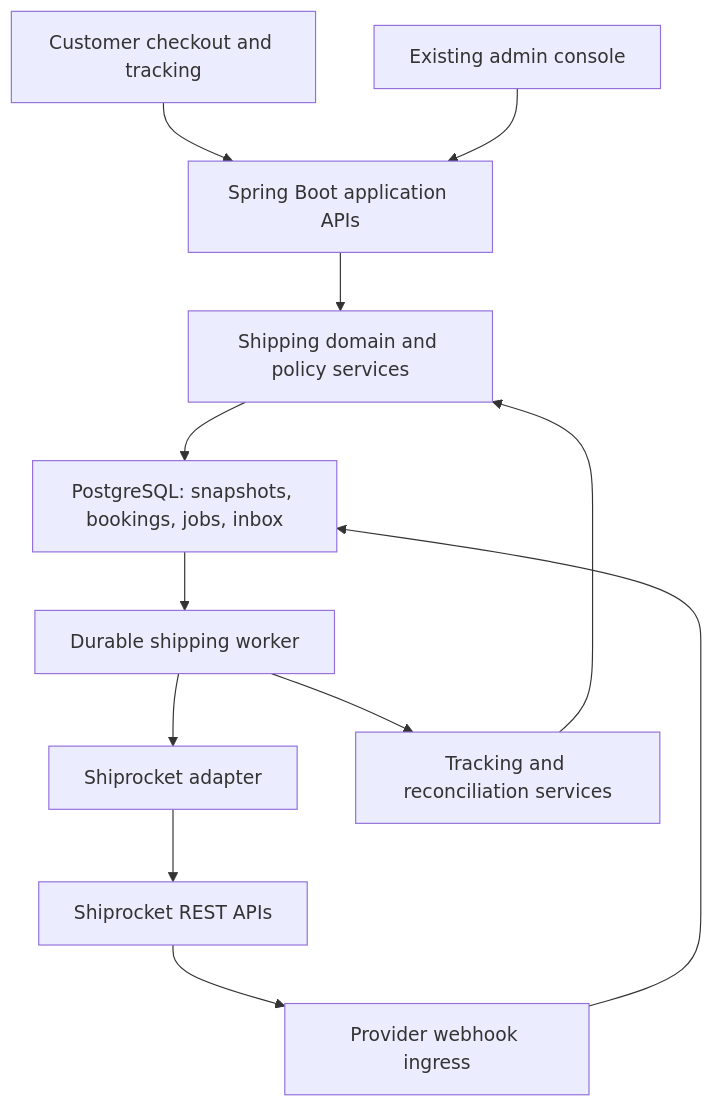
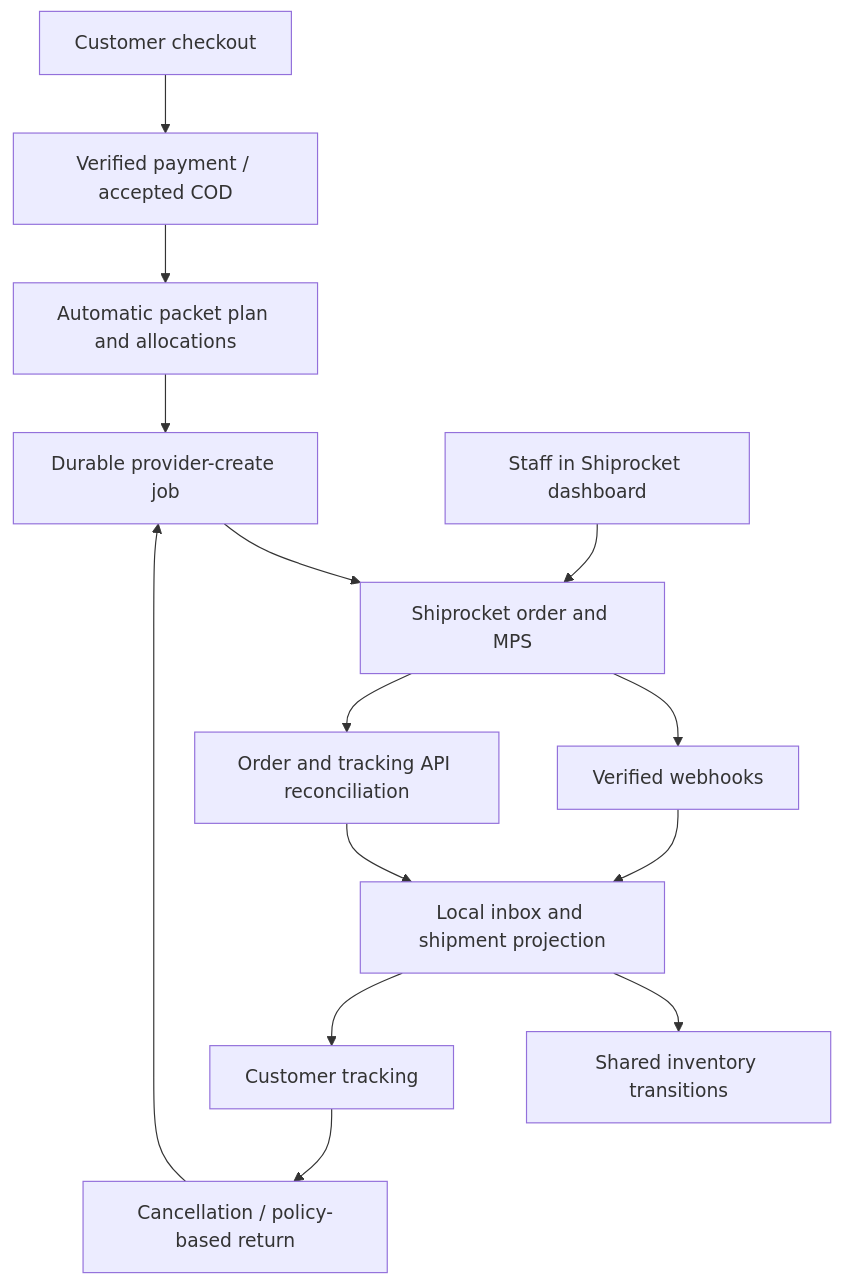
Before and after one commit to AJPrj/ecommerce-production-blueprint: the diagram in Shiprocket-Integration-HLD.md, drawn with Mermaid. The commit also changed other lines of this file and 4 other files, not shown here.

````diff
--- a/Shiprocket-Integration-HLD.md
+++ b/Shiprocket-Integration-HLD.md
@@ -84,14 +55,16 @@
-```mermaid
+~~~mermaid
 flowchart TD
-    C["Customer checkout and tracking"] --> A["Spring Boot application APIs"]
-    U["Existing admin console"] --> A
-    A --> D["Shipping domain and policy services"]
-    D --> P["PostgreSQL: snapshots, bookings, jobs, inbox"]
-    P --> W["Durable shipping worker"]
-    W --> S["Shiprocket adapter"]
-    S --> E["Shiprocket REST APIs"]
-    E --> H["Provider webhook ingress"]
-    H --> P
-    W --> T["Tracking and reconciliation services"]
-    T --> D
-```
+    C[Customer checkout] --> O[Verified payment / accepted COD]
+    O --> P[Automatic packet plan and allocations]
+    P --> J[Durable provider-create job]
+    J --> S[Shiprocket order and MPS]
+    A[Staff in Shiprocket dashboard] --> S
+    S --> W[Verified webhooks]
+    S --> R[Order and tracking API reconciliation]
+    W --> D[Local inbox and shipment projection]
+    R --> D
+    D --> I[Shared inventory transitions]
+    D --> T[Customer tracking]
+    T --> X[Cancellation / policy-based return]
+    X --> J
+~~~
````
